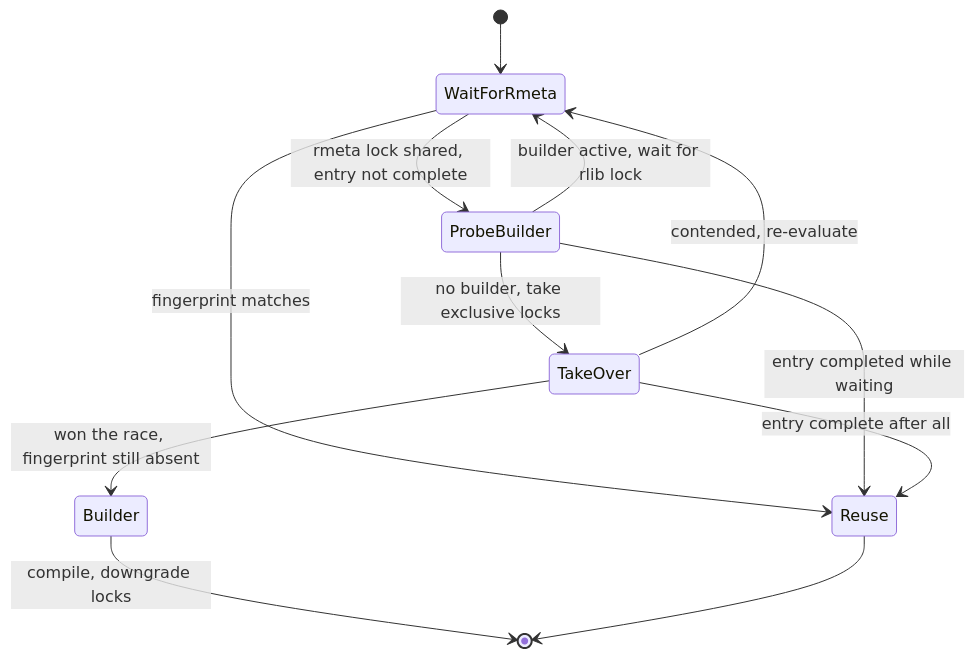
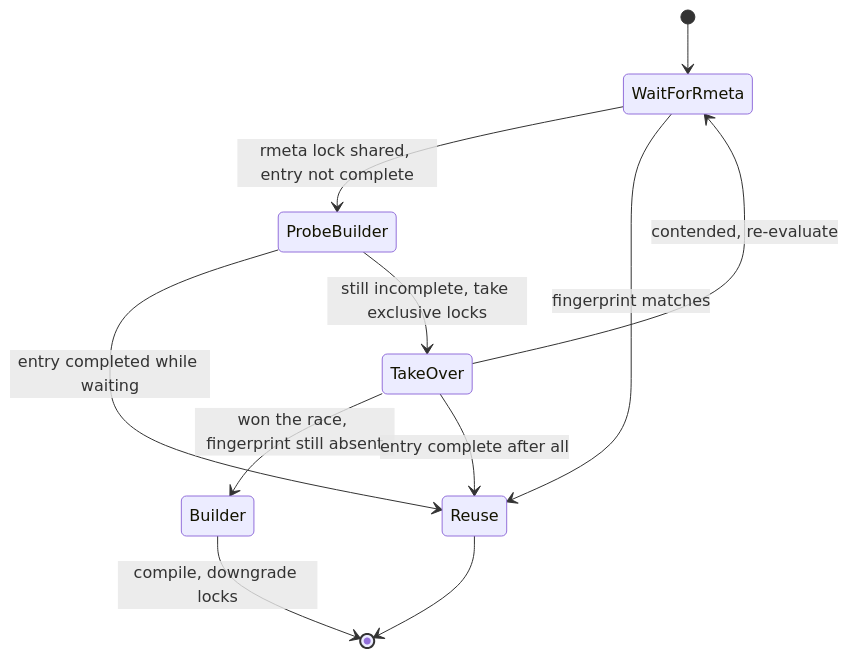
The diagram in FEATURE.md (ranger-ross/cargo), drawn with Mermaid before and after one commit. The commit also changed other lines of this file and 8 other files, not shown here.

````diff
--- a/FEATURE.md
+++ b/FEATURE.md
@@ -36,14 +34,13 @@
 ```mermaid
 stateDiagram-v2
     [*] --> WaitForRmeta
     WaitForRmeta --> ProbeBuilder: rmeta lock shared, entry not complete
     WaitForRmeta --> Reuse: fingerprint matches
     ProbeBuilder --> Reuse: entry completed while waiting
-    ProbeBuilder --> WaitForRmeta: builder active, wait for rlib lock
-    ProbeBuilder --> TakeOver: no builder, take exclusive locks
+    ProbeBuilder --> TakeOver: still incomplete, take exclusive locks
     TakeOver --> Builder: won the race, fingerprint still absent
     TakeOver --> Reuse: entry complete after all
     TakeOver --> WaitForRmeta: contended, re-evaluate
     Builder --> [*]: compile, downgrade locks
     Reuse --> [*]
 ```
````
